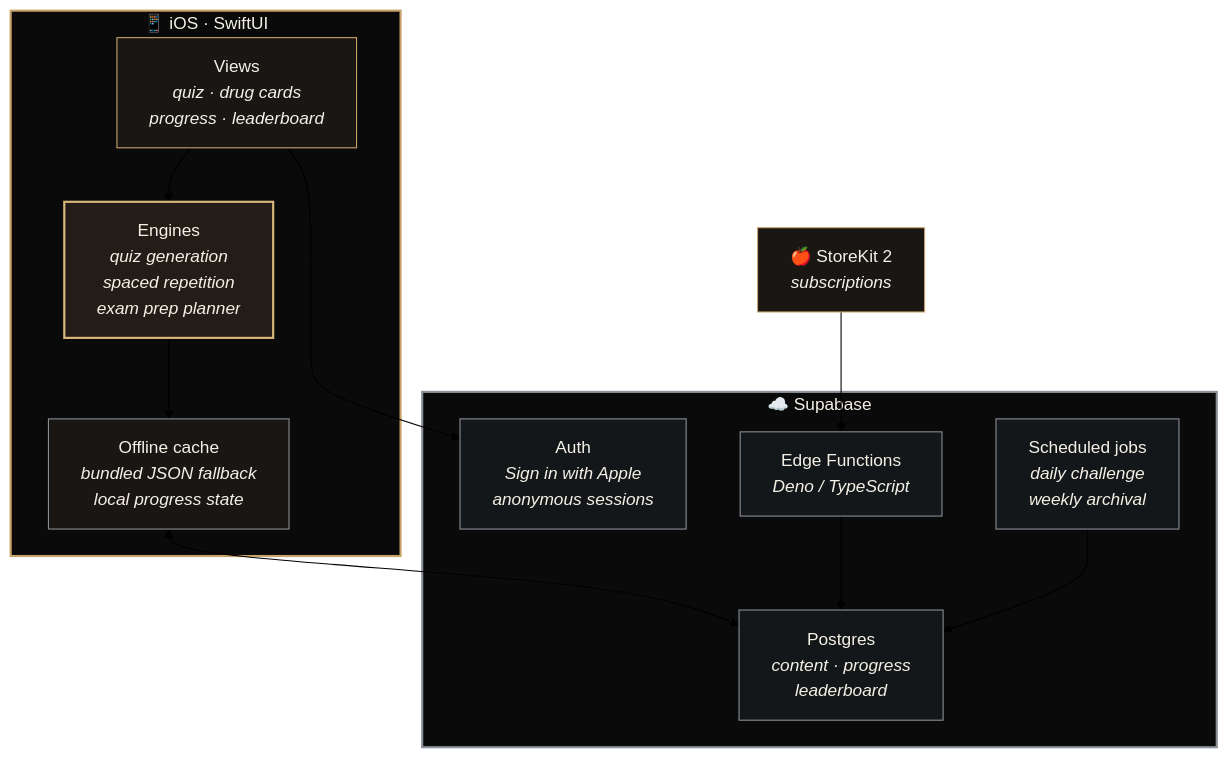
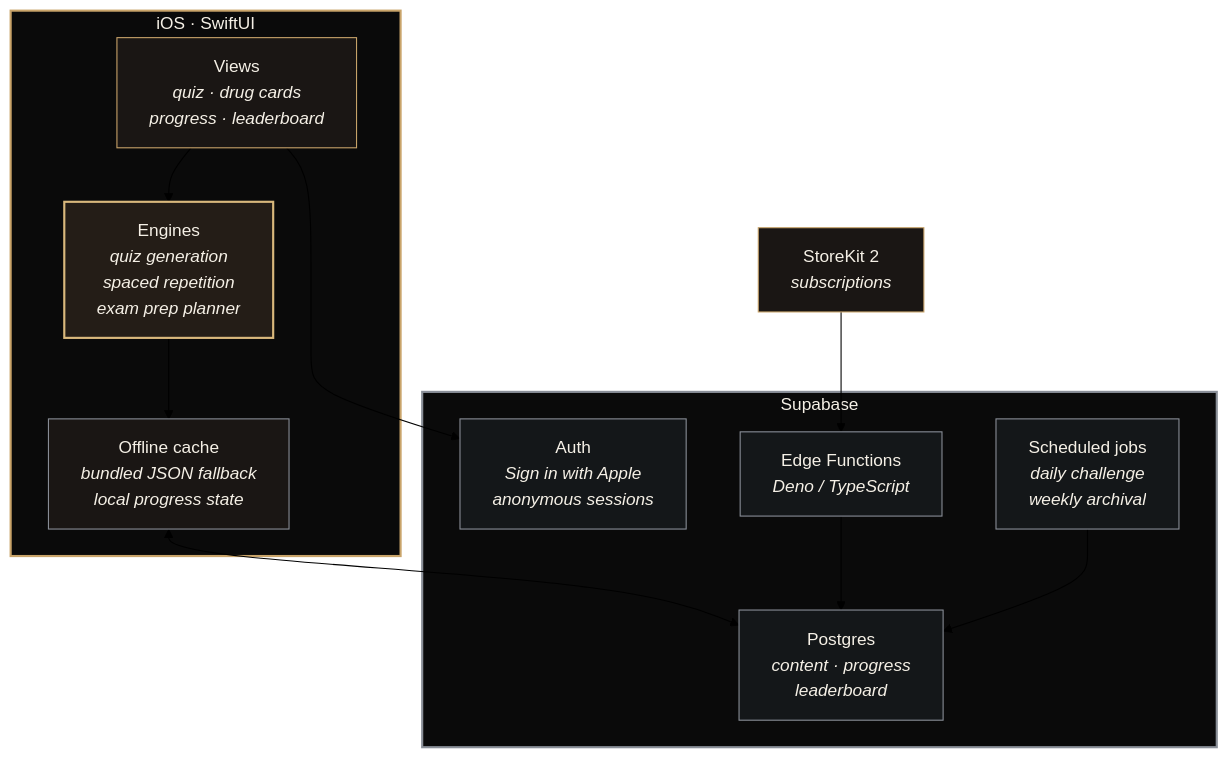
The diagram in README.md (ctxako/MemoRx-Live), drawn with Mermaid (forest theme) before and after one commit. The commit also changed other lines of this file, not shown here.

````diff
--- a/README.md
+++ b/README.md
@@ -115,34 +115,34 @@
 ```mermaid
 flowchart TB
-    subgraph CLIENT["📱 iOS · SwiftUI"]
+    subgraph CLIENT["iOS · SwiftUI"]
         UI["Views<br/><i>quiz · drug cards<br/>progress · leaderboard</i>"]
         ENG["Engines<br/><i>quiz generation<br/>spaced repetition<br/>exam prep planner</i>"]
         CACHE["Offline cache<br/><i>bundled JSON fallback<br/>local progress state</i>"]
     end
 
-    subgraph SERVER["☁️ Supabase"]
+    subgraph SERVER["Supabase"]
         DB["Postgres<br/><i>content · progress<br/>leaderboard</i>"]
         AUTH["Auth<br/><i>Sign in with Apple<br/>anonymous sessions</i>"]
         FN["Edge Functions<br/><i>Deno / TypeScript</i>"]
         CRON["Scheduled jobs<br/><i>daily challenge<br/>weekly archival</i>"]
     end
 
-    STORE["🍎 StoreKit 2<br/><i>subscriptions</i>"]
+    STORE["StoreKit 2<br/><i>subscriptions</i>"]
 
     UI --> ENG --> CACHE
     CACHE <--> DB
     UI --> AUTH
     STORE --> FN --> DB
     CRON --> DB
 
     style CLIENT fill:#0a0a0a,stroke:#C9A46A,stroke-width:2px,color:#F5F0E6
     style SERVER fill:#0a0a0a,stroke:#8a8f98,stroke-width:2px,color:#F5F0E6
     style UI fill:#1a1614,stroke:#C9A46A,color:#F5F0E6
     style ENG fill:#241d17,stroke:#D9B87C,stroke-width:2px,color:#F5F0E6
     style CACHE fill:#1a1614,stroke:#8a8f98,color:#F5F0E6
     style DB fill:#141719,stroke:#8a8f98,color:#F5F0E6
     style AUTH fill:#141719,stroke:#8a8f98,color:#F5F0E6
     style FN fill:#141719,stroke:#8a8f98,color:#F5F0E6
     style CRON fill:#141719,stroke:#8a8f98,color:#F5F0E6
     style STORE fill:#1a1614,stroke:#C9A46A,color:#F5F0E6
 ```
````
